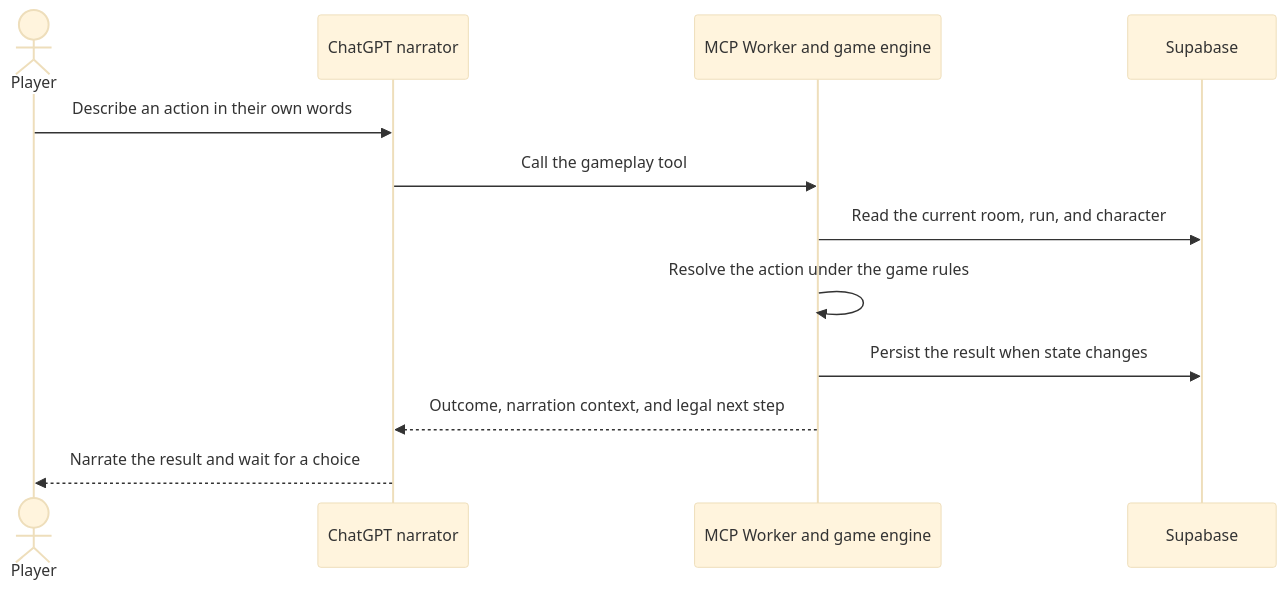
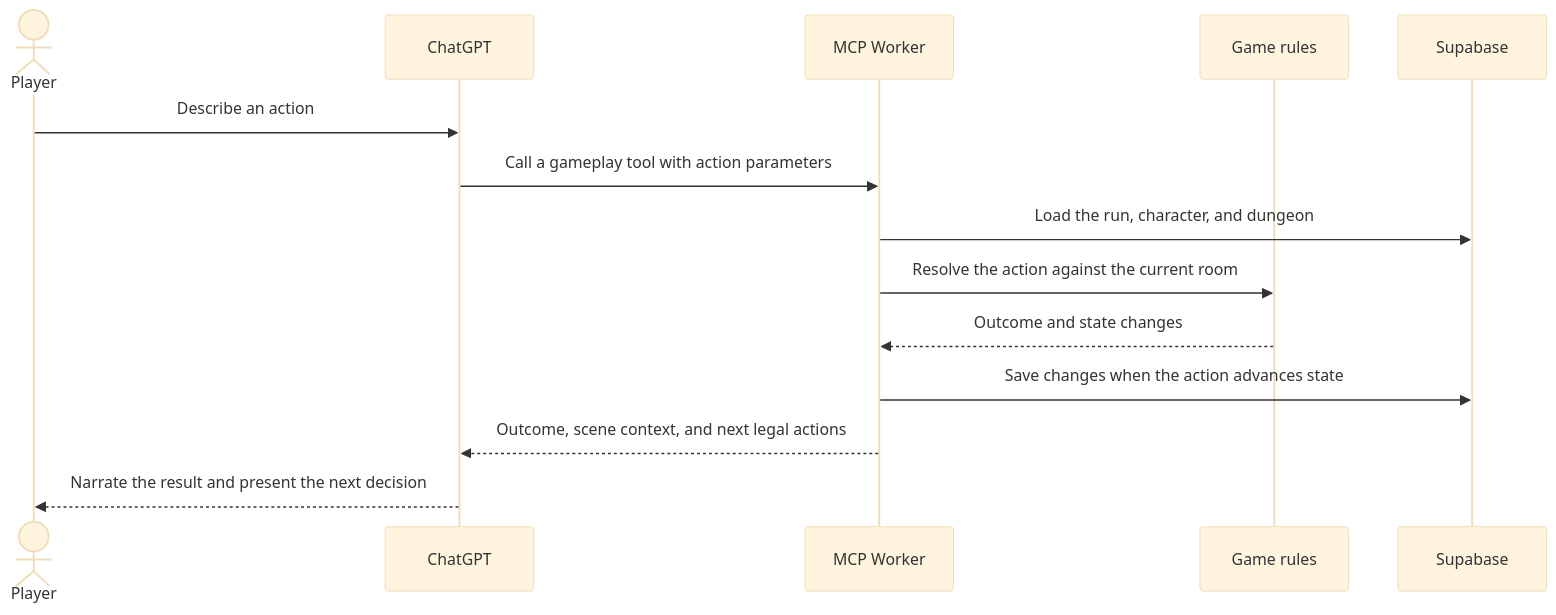
The diagram in README.md (nate-polland/dun-dun-dungeon-demo), drawn with Mermaid (base theme) before and after one commit. The commit also changed other lines of this file and 1 other file, not shown here.

Commit message:
Focus Dun Dun Dungeon write-up on technical architecture

````diff
--- a/README.md
+++ b/README.md
@@ -15,14 +9,16 @@
 ```mermaid
 sequenceDiagram
     actor Player
-    participant ChatGPT as ChatGPT narrator
-    participant Engine as MCP Worker and game engine
+    participant ChatGPT as ChatGPT
+    participant Worker as MCP Worker
+    participant Rules as Game rules
     participant DB as Supabase
-    Player->>ChatGPT: Describe an action in their own words
-    ChatGPT->>Engine: Call the gameplay tool
-    Engine->>DB: Read the current room, run, and character
-    Engine->>Engine: Resolve the action under the game rules
-    Engine->>DB: Persist the result when state changes
-    Engine-->>ChatGPT: Outcome, narration context, and legal next step
-    ChatGPT-->>Player: Narrate the result and wait for a choice
+    Player->>ChatGPT: Describe an action
+    ChatGPT->>Worker: Call a gameplay tool with action parameters
+    Worker->>DB: Load the run, character, and dungeon
+    Worker->>Rules: Resolve the action against the current room
+    Rules-->>Worker: Outcome and state changes
+    Worker->>DB: Save changes when the action advances state
+    Worker-->>ChatGPT: Outcome, scene context, and next legal actions
+    ChatGPT-->>Player: Narrate the result and present the next decision
 ```
````
